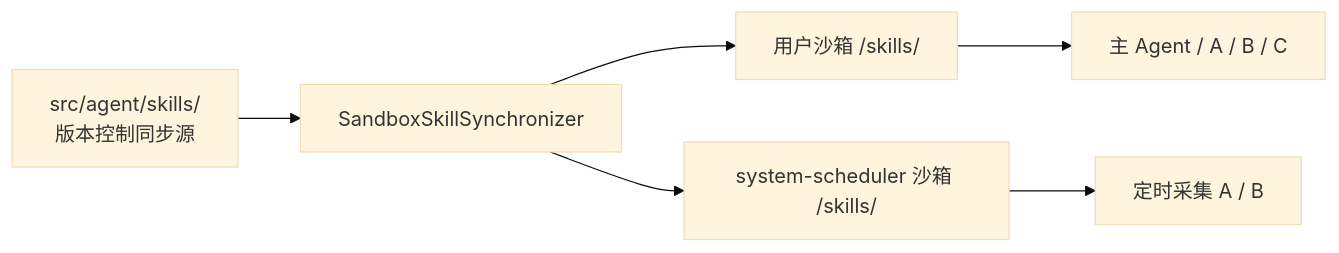
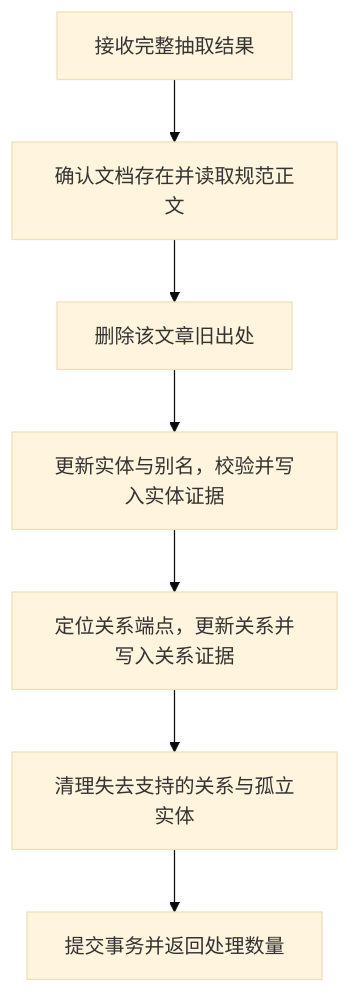
Before and after one commit to greenC2h/ThreatWeave: diagram 13 of 33 in doc/PROJECT_DOCUMENTATION.md, drawn with Mermaid (base theme). The commit also changed other lines of this file and 9 other files, not shown here.

````diff
--- a/doc/PROJECT_DOCUMENTATION.md
+++ b/doc/PROJECT_DOCUMENTATION.md
@@ -406,8 +1044,9 @@
 ```mermaid
-flowchart LR
-    REPO["src/agent/skills/<br/>版本控制同步源"] --> SYNC["SandboxSkillSynchronizer"]
-    SYNC --> USER["用户沙箱 /skills/"]
-    SYNC --> SYSTEM["system-scheduler 沙箱 /skills/"]
-    USER --> MAIN["主 Agent / A / B / C"]
-    SYSTEM --> SCHED["定时采集 A / B"]
+flowchart TD
+    INPUT["接收完整抽取结果"] --> DOC["确认文档存在并读取规范正文"]
+    DOC --> REMOVE["删除该文章旧出处"]
+    REMOVE --> ENTITY["更新实体与别名，校验并写入实体证据"]
+    ENTITY --> RELATION["定位关系端点，更新关系并写入关系证据"]
+    RELATION --> CLEAN["清理失去支持的关系与孤立实体"]
+    CLEAN --> COMMIT["提交事务并返回处理数量"]
 ```
````
